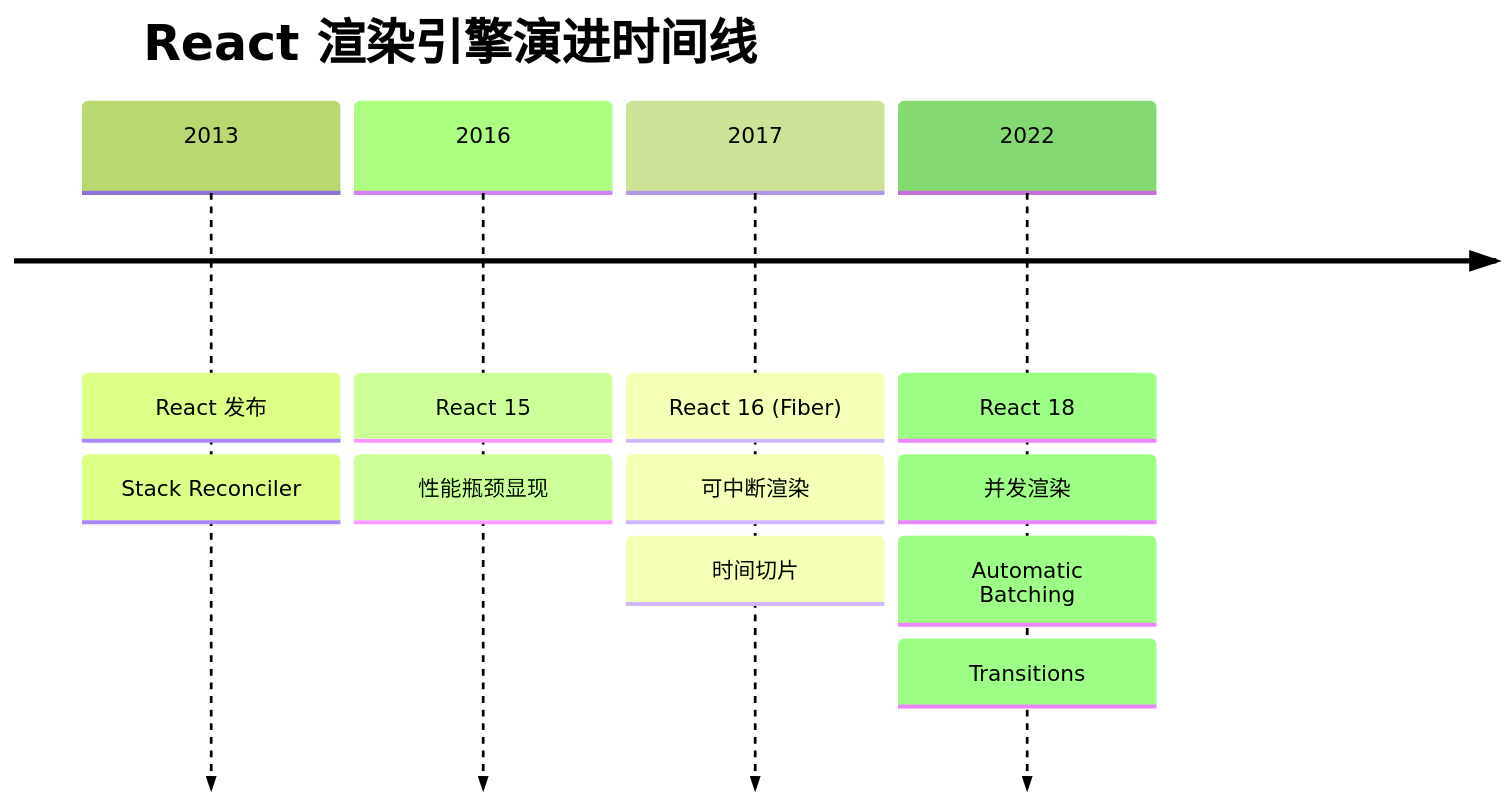
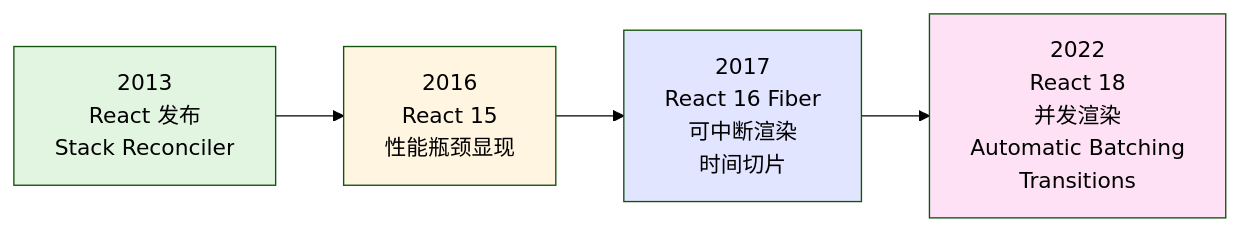
The sixth of 20 diagrams in agents/research.md (JIA-ss/agents), drawn with Mermaid (forest theme) before and after one commit. The commit also changed other lines of this file, not shown here.

````diff
--- a/agents/research.md
+++ b/agents/research.md
@@ -183,15 +183,11 @@
 ```mermaid
-timeline
-    title React 渲染引擎演进时间线
-    2013 : React 发布
-         : Stack Reconciler
-    2016 : React 15
-         : 性能瓶颈显现
-    2017 : React 16 (Fiber)
-         : 可中断渲染
-         : 时间切片
-    2022 : React 18
-         : 并发渲染
-         : Automatic Batching
-         : Transitions
+graph LR
+    A[2013<br/>React 发布<br/>Stack Reconciler] --> B[2016<br/>React 15<br/>性能瓶颈显现]
+    B --> C[2017<br/>React 16 Fiber<br/>可中断渲染<br/>时间切片]
+    C --> D[2022<br/>React 18<br/>并发渲染<br/>Automatic Batching<br/>Transitions]
+
+    style A fill:#e1f5e1
+    style B fill:#fff5e1
+    style C fill:#e1e5ff
+    style D fill:#ffe1f5
 ```
````
